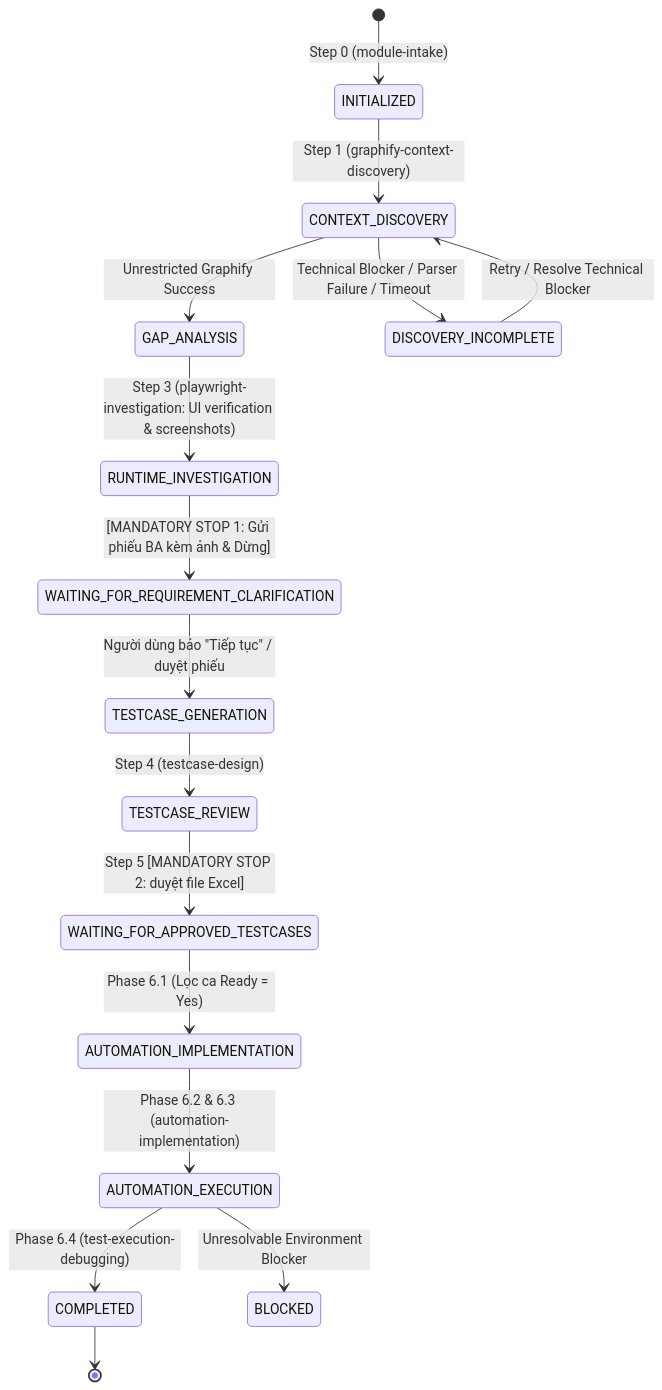
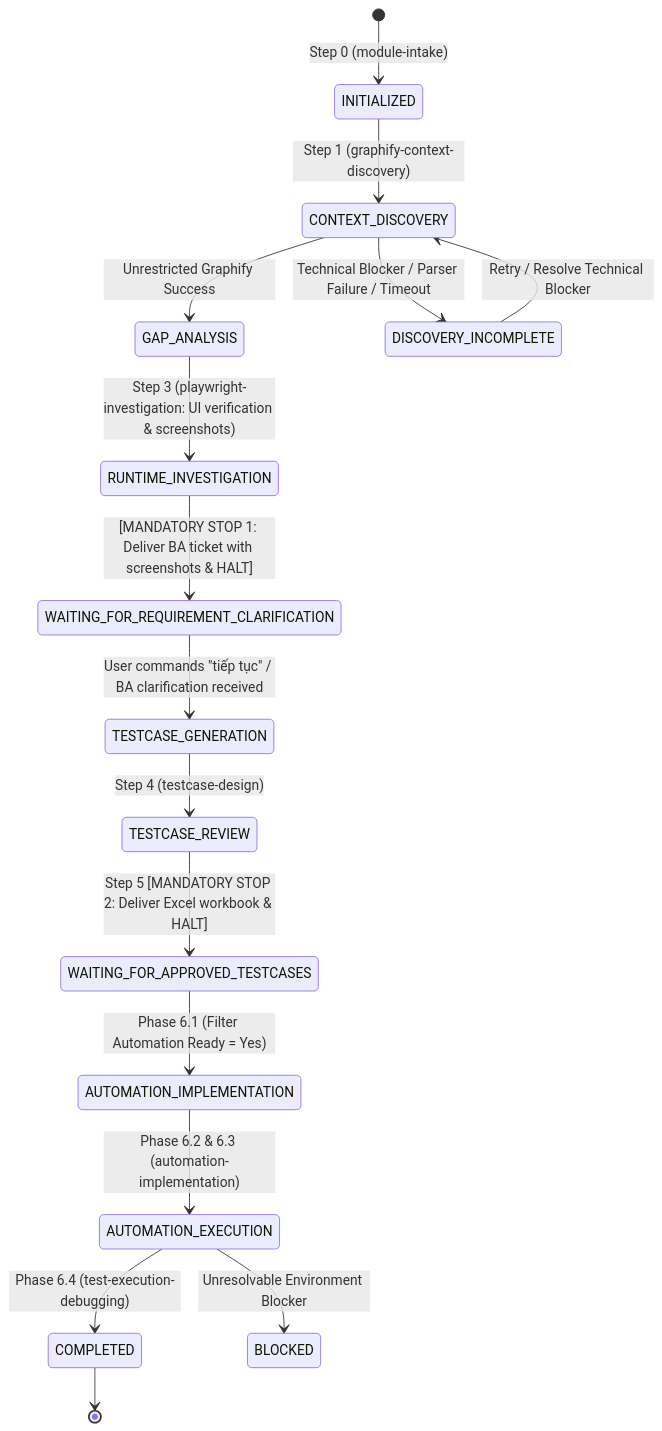
The diagram in skills/workflow-orchestrator/SKILL.md (Dang-nhut-tan/QA-skill), drawn with Mermaid before and after one commit. The commit also changed other lines of this file and 8 other files, not shown here.

````diff
--- a/skills/workflow-orchestrator/SKILL.md
+++ b/skills/workflow-orchestrator/SKILL.md
@@ -24,22 +24,22 @@
 ```mermaid
 stateDiagram-v2
     [*] --> INITIALIZED: Step 0 (module-intake)
     INITIALIZED --> CONTEXT_DISCOVERY: Step 1 (graphify-context-discovery)
     CONTEXT_DISCOVERY --> GAP_ANALYSIS: Unrestricted Graphify Success
     CONTEXT_DISCOVERY --> DISCOVERY_INCOMPLETE: Technical Blocker / Parser Failure / Timeout
     DISCOVERY_INCOMPLETE --> CONTEXT_DISCOVERY: Retry / Resolve Technical Blocker
     
     GAP_ANALYSIS --> RUNTIME_INVESTIGATION: Step 3 (playwright-investigation: UI verification & screenshots)
-    RUNTIME_INVESTIGATION --> WAITING_FOR_REQUIREMENT_CLARIFICATION: [MANDATORY STOP 1: Gửi phiếu BA kèm ảnh & Dừng]
+    RUNTIME_INVESTIGATION --> WAITING_FOR_REQUIREMENT_CLARIFICATION: [MANDATORY STOP 1: Deliver BA ticket with screenshots & HALT]
     
-    WAITING_FOR_REQUIREMENT_CLARIFICATION --> TESTCASE_GENERATION: Người dùng bảo "Tiếp tục" / duyệt phiếu
+    WAITING_FOR_REQUIREMENT_CLARIFICATION --> TESTCASE_GENERATION: User commands "tiếp tục" / BA clarification received
     
     TESTCASE_GENERATION --> TESTCASE_REVIEW: Step 4 (testcase-design)
-    TESTCASE_REVIEW --> WAITING_FOR_APPROVED_TESTCASES: Step 5 [MANDATORY STOP 2: duyệt file Excel]
+    TESTCASE_REVIEW --> WAITING_FOR_APPROVED_TESTCASES: Step 5 [MANDATORY STOP 2: Deliver Excel workbook & HALT]
     
-    WAITING_FOR_APPROVED_TESTCASES --> AUTOMATION_IMPLEMENTATION: Phase 6.1 (Lọc ca Ready = Yes)
+    WAITING_FOR_APPROVED_TESTCASES --> AUTOMATION_IMPLEMENTATION: Phase 6.1 (Filter Automation Ready = Yes)
     AUTOMATION_IMPLEMENTATION --> AUTOMATION_EXECUTION: Phase 6.2 & 6.3 (automation-implementation)
     AUTOMATION_EXECUTION --> COMPLETED: Phase 6.4 (test-execution-debugging)
     AUTOMATION_EXECUTION --> BLOCKED: Unresolvable Environment Blocker
     COMPLETED --> [*]
 ```
````
